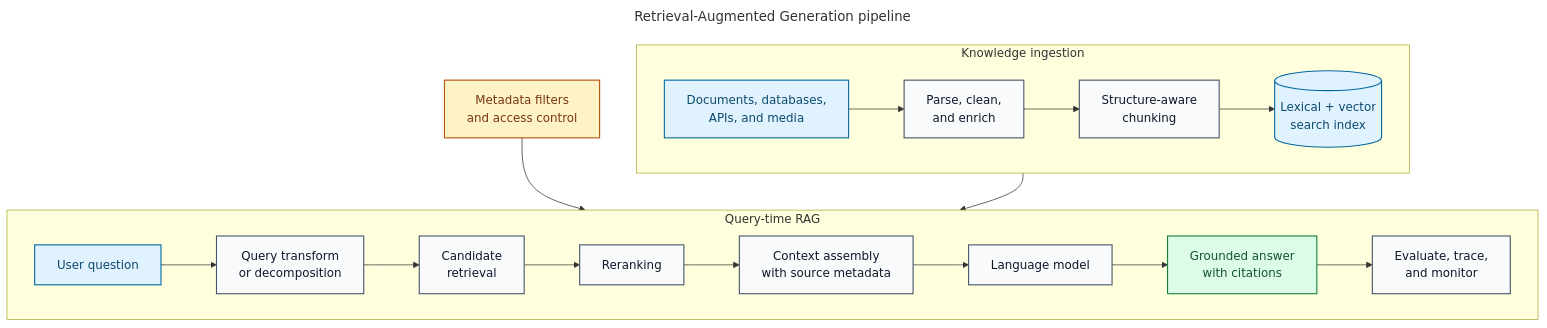
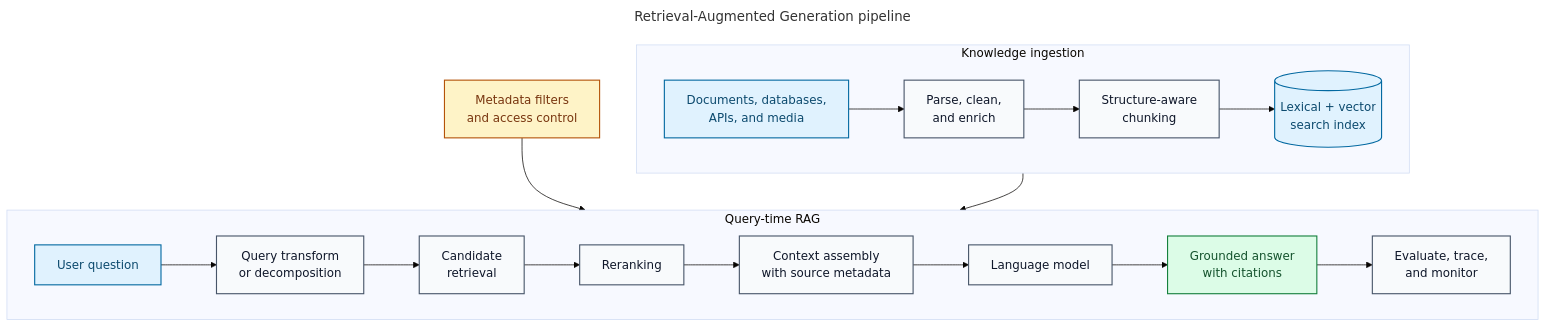
One commit to mahsa-teimourikia/awesome-rag changed the diagram in assets/rag-pipeline.mmd. Above: the diagram before and after it, drawn with Mermaid. The commit also changed 1 other file, not shown here.

Commit message:
Add light canvas to RAG diagram

```diff
--- a/assets/rag-pipeline.mmd
+++ b/assets/rag-pipeline.mmd
@@ -1,39 +1,43 @@
 ---
 title: Retrieval-Augmented Generation pipeline
+config:
+  theme: base
+  themeVariables:
+    background: "#f8fafc"
 ---
 flowchart TB
     subgraph ingestion["Knowledge ingestion"]
         direction LR
         sources["Documents, databases,<br/>APIs, and media"]
         parse["Parse, clean,<br/>and enrich"]
         chunk["Structure-aware<br/>chunking"]
         index[("Lexical + vector<br/>search index")]
 
         sources --> parse --> chunk --> index
     end
 
     subgraph runtime["Query-time RAG"]
         direction LR
         question["User question"]
         transform["Query transform<br/>or decomposition"]
         retrieve["Candidate<br/>retrieval"]
         rerank["Reranking"]
         context["Context assembly<br/>with source metadata"]
         model["Language model"]
         answer["Grounded answer<br/>with citations"]
         evaluate["Evaluate, trace,<br/>and monitor"]
 
         question --> transform --> retrieve --> rerank --> context --> model --> answer --> evaluate
     end
 
     index --> retrieve
     permissions["Metadata filters<br/>and access control"] --> retrieve
 
     classDef source fill:#e0f2fe,stroke:#0369a1,color:#0c4a6e,stroke-width:1.5px;
     classDef process fill:#f8fafc,stroke:#475569,color:#0f172a,stroke-width:1.5px;
     classDef guard fill:#fef3c7,stroke:#b45309,color:#78350f,stroke-width:1.5px;
     classDef output fill:#dcfce7,stroke:#15803d,color:#14532d,stroke-width:1.5px;
     class sources,index,question source;
     class parse,chunk,transform,retrieve,rerank,context,model,evaluate process;
     class permissions guard;
     class answer output;
```
